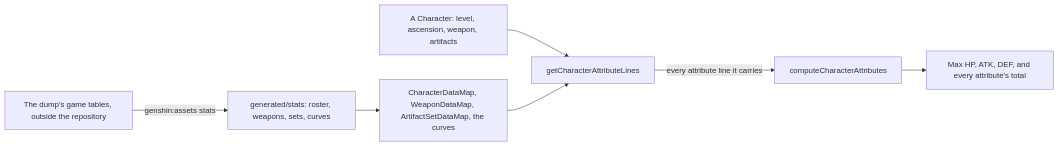
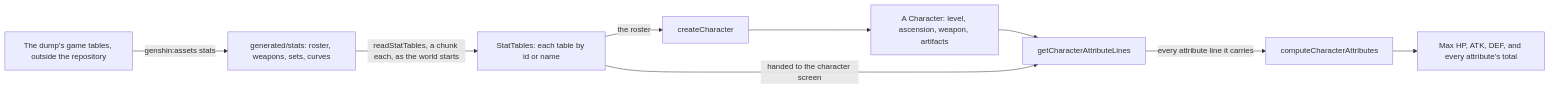
The diagram in apps/web/content/docs/genshin/character-attributes.md (Esposter/Esposter), drawn with Mermaid before and after one commit. The commit also changed other lines of this file and 3 other files, not shown here.

Commit message:
docs(genshin): the stat tables load on demand as chunks of their own, and the engine skill keeps generated tables out of the main bundle

````diff
--- a/apps/web/content/docs/genshin/character-attributes.md
+++ b/apps/web/content/docs/genshin/character-attributes.md
@@ -12,9 +12,11 @@
 ```mermaid
 flowchart LR
   DUMP["The dump's game tables, outside the repository"] -->|"genshin:assets stats"| TABLES["generated/stats: roster, weapons, sets, curves"]
-  TABLES --> MAPS["CharacterDataMap, WeaponDataMap, ArtifactSetDataMap, the curves"]
-  CHARACTER["A Character: level, ascension, weapon, artifacts"] --> LINES["getCharacterAttributeLines"]
-  MAPS --> LINES
+  TABLES -->|"readStatTables, a chunk each, as the world starts"| STAT_TABLES["StatTables: each table by id or name"]
+  STAT_TABLES -->|"the roster"| CREATE["createCharacter"]
+  CREATE --> CHARACTER["A Character: level, ascension, weapon, artifacts"]
+  CHARACTER --> LINES["getCharacterAttributeLines"]
+  STAT_TABLES -->|"handed to the character screen"| LINES
   LINES -->|"every attribute line it carries"| SUM["computeCharacterAttributes"]
   SUM --> ATTRIBUTES["Max HP, ATK, DEF, and every attribute's total"]
 ```
````
